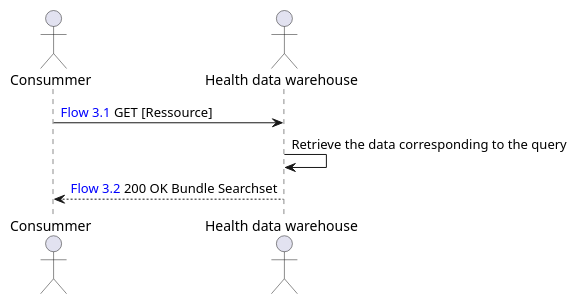
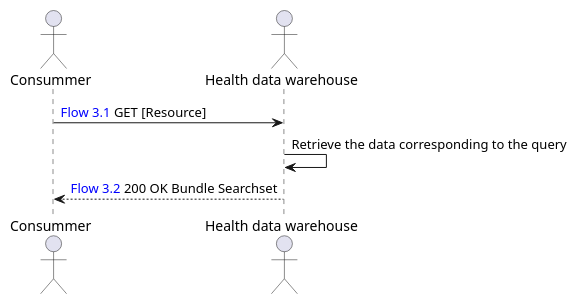
One commit to ONCOFAIR/FHIR-ImplementationGuide-Article changed the diagram in input/images-source/multicentric_study_research_flow.plantuml. Above: the diagram before and after it, drawn with PlantUML. The commit also changed 3 other files, not shown here.

```diff
--- a/input/images-source/multicentric_study_research_flow.plantuml
+++ b/input/images-source/multicentric_study_research_flow.plantuml
@@ -1,8 +1,8 @@
 @startuml
 actor "Consummer" as C
 actor "Health data warehouse" as EDS
 
-C -> EDS: <color:blue>Flow 3.1</color> GET [Ressource]
+C -> EDS: <color:blue>Flow 3.1</color> GET [Resource]
 EDS -> EDS: Retrieve the data corresponding to the query
 EDS --> C: <color:blue>Flow 3.2</color> 200 OK Bundle Searchset
 @enduml
```
